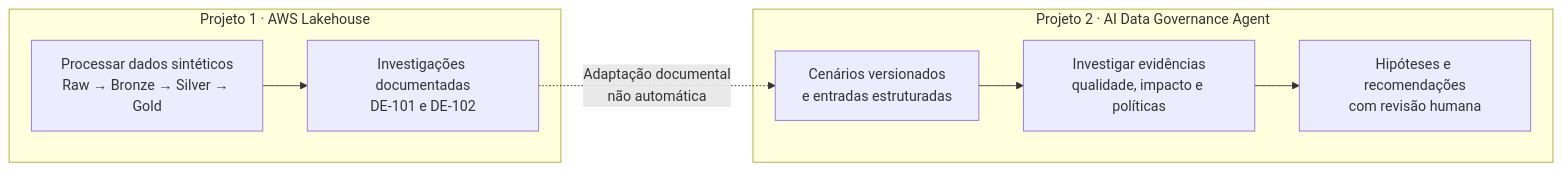
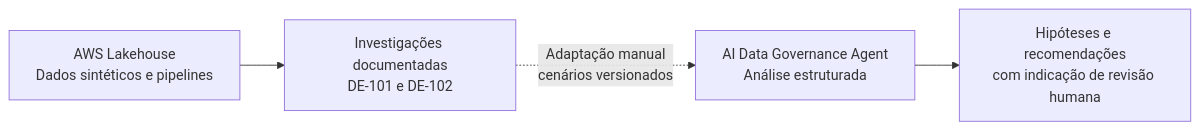
One commit to brodyandre/ai-data-governance-agent changed the diagram in README.md. Above: the diagram before and after it, drawn with Mermaid. The commit also changed other lines of this file, not shown here.

````diff
--- a/README.md
+++ b/README.md
@@ -37,11 +67,6 @@
 ```mermaid
 flowchart LR
-    subgraph AWS["Projeto 1 · AWS Lakehouse"]
-      A["Processar dados sintéticos<br/>Raw → Bronze → Silver → Gold"] --> B["Investigações documentadas<br/>DE-101 e DE-102"]
-    end
-    subgraph AI["Projeto 2 · AI Data Governance Agent"]
-      C["Cenários versionados<br/>e entradas estruturadas"] --> D["Investigar evidências<br/>qualidade, impacto e políticas"]
-      D --> E["Hipóteses e recomendações<br/>com revisão humana"]
-    end
-    B -. "Adaptação documental<br/>não automática" .-> C
+    A["AWS Lakehouse<br/>Dados sintéticos e pipelines"] --> B["Investigações documentadas<br/>DE-101 e DE-102"]
+    B -. "Adaptação manual<br/>cenários versionados" .-> C["AI Data Governance Agent<br/>Análise estruturada"]
+    C --> D["Hipóteses e recomendações<br/>com indicação de revisão humana"]
 ```
````
